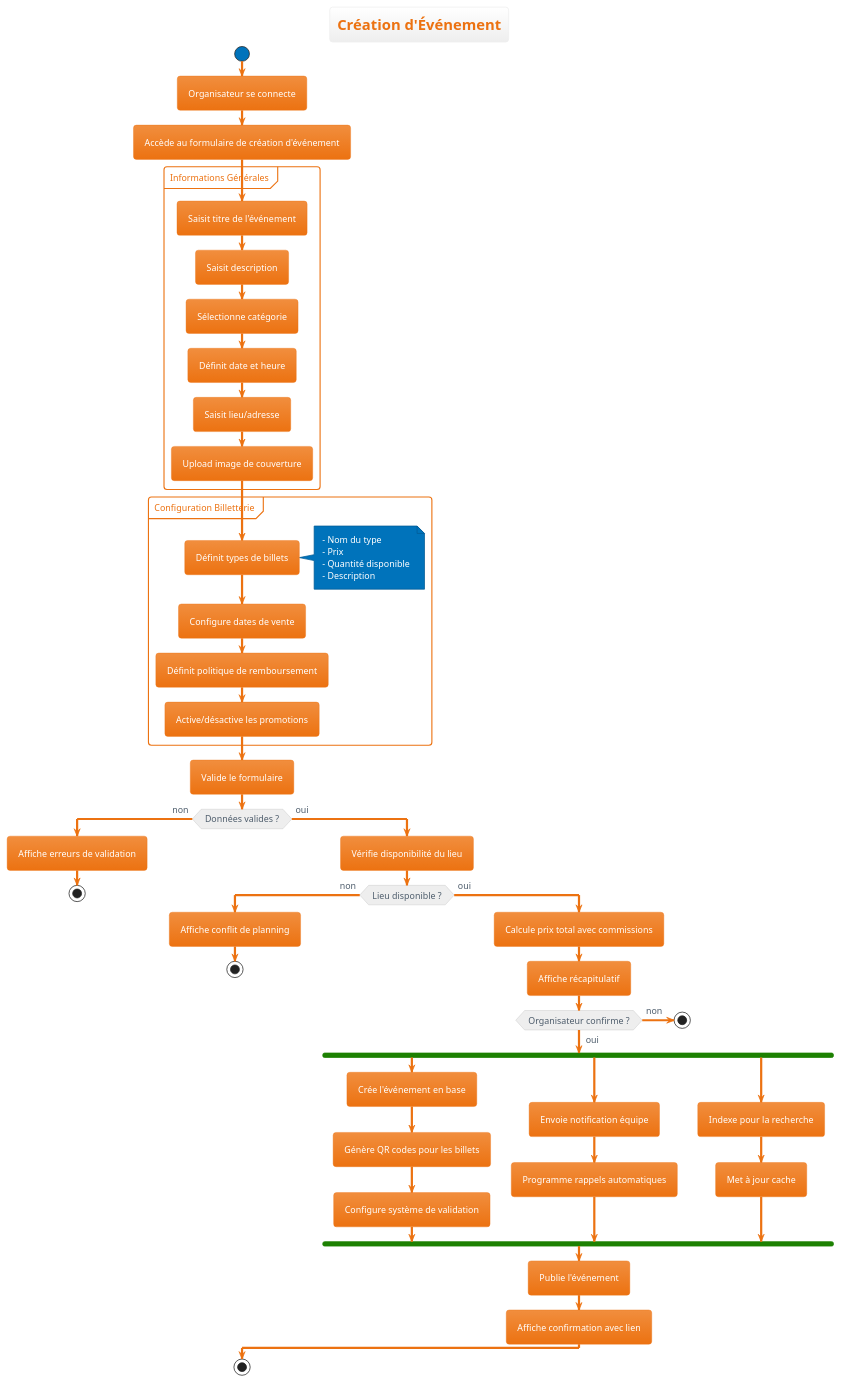
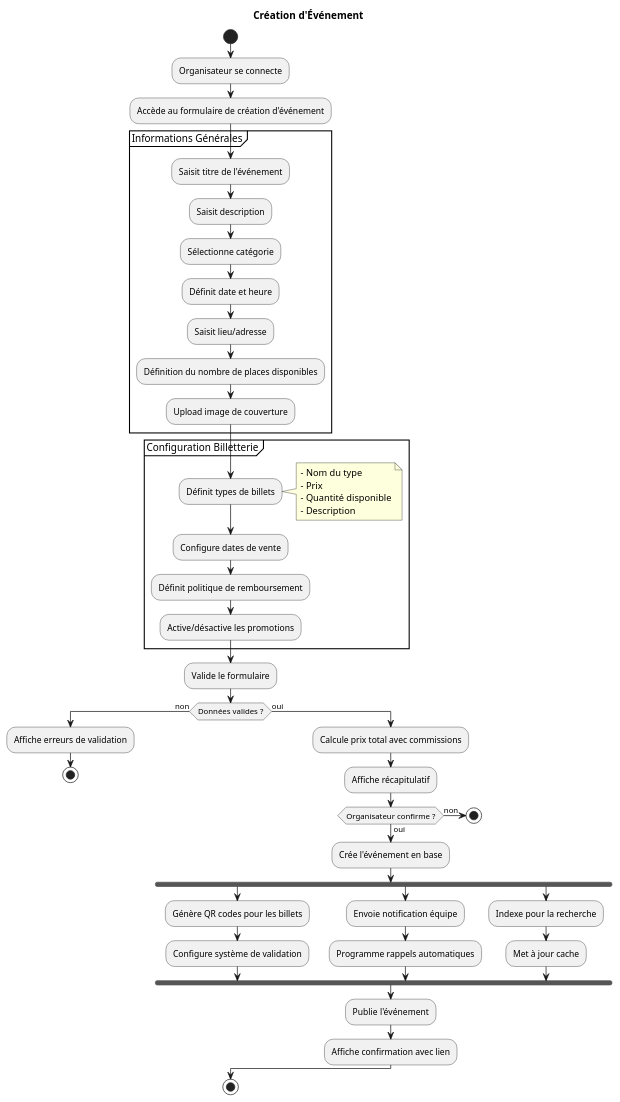
Before and after one commit to CorentinCoulet/M-C-Billetterie: the diagram in diagrams/activities/event-creation.puml, drawn with PlantUML. The commit also changed 36 other files, not shown here.

```diff
--- a/diagrams/activities/event-creation.puml
+++ b/diagrams/activities/event-creation.puml
@@ -1,69 +1,62 @@
 @startuml event-creation
-!theme aws-orange
 title Création d'Événement
 
 start
 :Organisateur se connecte;
 :Accède au formulaire de création d'événement;
 
 partition "Informations Générales" {
   :Saisit titre de l'événement;
   :Saisit description;
   :Sélectionne catégorie;
   :Définit date et heure;
   :Saisit lieu/adresse;
+  :Définition du nombre de places disponibles;
   :Upload image de couverture;
 }
 
 partition "Configuration Billetterie" {
   :Définit types de billets;
   note right
     - Nom du type
     - Prix
     - Quantité disponible
     - Description
   end note
   
   :Configure dates de vente;
   :Définit politique de remboursement;
   :Active/désactive les promotions;
 }
 
 :Valide le formulaire;
 
 if (Données valides ?) then (non)
   :Affiche erreurs de validation;
   stop
 else (oui)
-  :Vérifie disponibilité du lieu;
-  
-  if (Lieu disponible ?) then (non)
-    :Affiche conflit de planning;
-    stop
-  else (oui)
     :Calcule prix total avec commissions;
     :Affiche récapitulatif;
     
     if (Organisateur confirme ?) then (non)
       stop
     else (oui)
+      :Crée l'événement en base;
       fork
-        :Crée l'événement en base;
         :Génère QR codes pour les billets;
         :Configure système de validation;
       fork again
         :Envoie notification équipe;
         :Programme rappels automatiques;
       fork again
         :Indexe pour la recherche;
         :Met à jour cache;
       end fork
       
       :Publie l'événement;
       :Affiche confirmation avec lien;
     endif
-  endif
 endif
 
 stop
 @enduml
```
